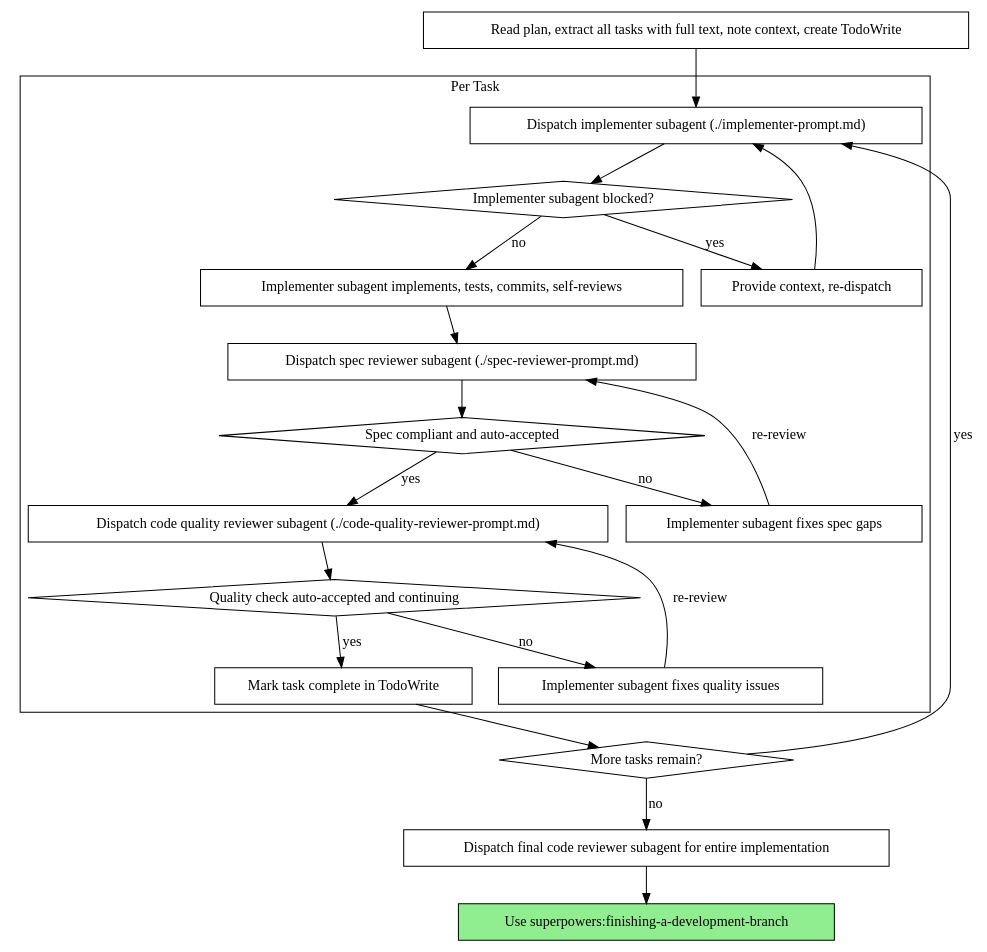
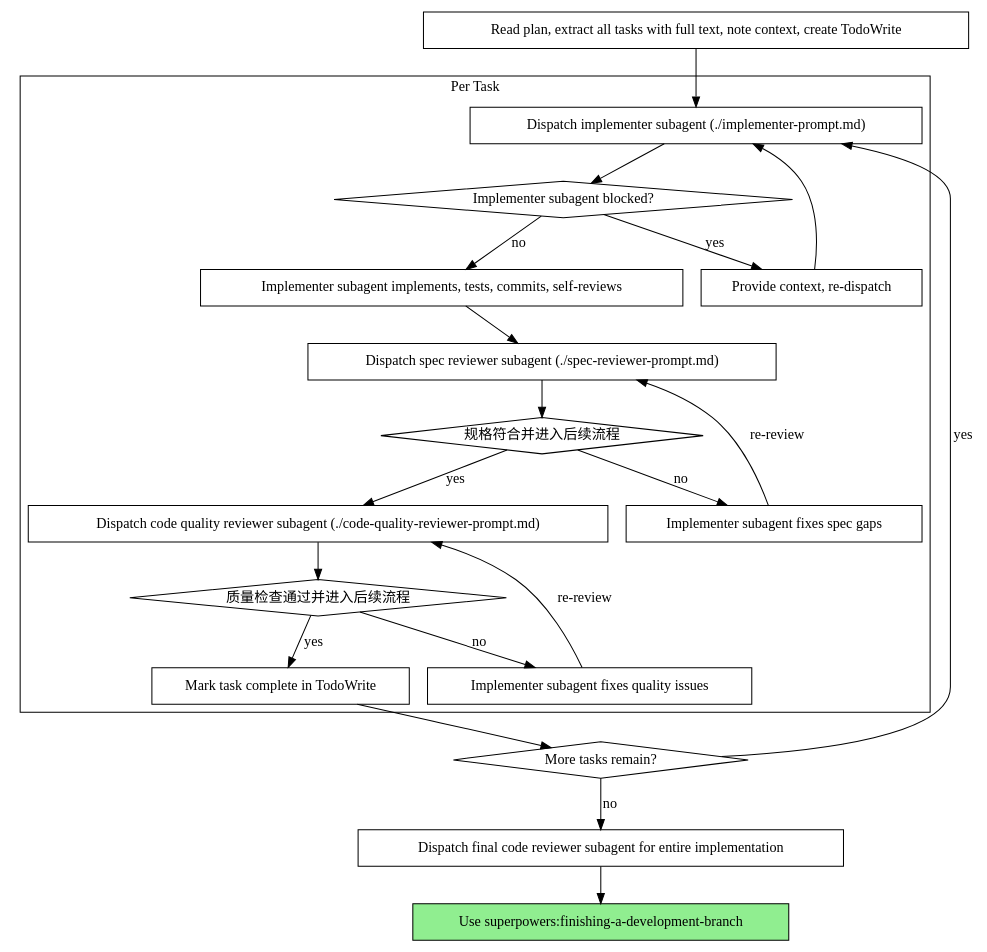
One commit to ShakaRover/superpowers changed the second of 2 diagrams in skills/subagent-driven-development/SKILL.md. Above: the diagram before and after it, drawn with Graphviz. The commit also changed other lines of this file and 7 other files, not shown here.

````diff
--- a/skills/subagent-driven-development/SKILL.md
+++ b/skills/subagent-driven-development/SKILL.md
@@ -82,44 +82,44 @@
 ```dot
 digraph process {
     rankdir=TB;
 
     subgraph cluster_per_task {
         label="Per Task";
         "Dispatch implementer subagent (./implementer-prompt.md)" [shape=box];
         "Implementer subagent blocked?" [shape=diamond];
         "Provide context, re-dispatch" [shape=box];
         "Implementer subagent implements, tests, commits, self-reviews" [shape=box];
         "Dispatch spec reviewer subagent (./spec-reviewer-prompt.md)" [shape=box];
-        "Spec compliant and auto-accepted" [shape=diamond];
+        "规格符合并进入后续流程" [shape=diamond];
         "Implementer subagent fixes spec gaps" [shape=box];
         "Dispatch code quality reviewer subagent (./code-quality-reviewer-prompt.md)" [shape=box];
-        "Quality check auto-accepted and continuing" [shape=diamond];
+        "质量检查通过并进入后续流程" [shape=diamond];
         "Implementer subagent fixes quality issues" [shape=box];
         "Mark task complete in TodoWrite" [shape=box];
     }
 
     "Read plan, extract all tasks with full text, note context, create TodoWrite" [shape=box];
     "More tasks remain?" [shape=diamond];
     "Dispatch final code reviewer subagent for entire implementation" [shape=box];
     "Use superpowers:finishing-a-development-branch" [shape=box style=filled fillcolor=lightgreen];
 
     "Read plan, extract all tasks with full text, note context, create TodoWrite" -> "Dispatch implementer subagent (./implementer-prompt.md)";
     "Dispatch implementer subagent (./implementer-prompt.md)" -> "Implementer subagent blocked?";
     "Implementer subagent blocked?" -> "Provide context, re-dispatch" [label="yes"];
     "Provide context, re-dispatch" -> "Dispatch implementer subagent (./implementer-prompt.md)";
     "Implementer subagent blocked?" -> "Implementer subagent implements, tests, commits, self-reviews" [label="no"];
     "Implementer subagent implements, tests, commits, self-reviews" -> "Dispatch spec reviewer subagent (./spec-reviewer-prompt.md)";
-    "Dispatch spec reviewer subagent (./spec-reviewer-prompt.md)" -> "Spec compliant and auto-accepted";
-    "Spec compliant and auto-accepted" -> "Implementer subagent fixes spec gaps" [label="no"];
+    "Dispatch spec reviewer subagent (./spec-reviewer-prompt.md)" -> "规格符合并进入后续流程";
+    "规格符合并进入后续流程" -> "Implementer subagent fixes spec gaps" [label="no"];
     "Implementer subagent fixes spec gaps" -> "Dispatch spec reviewer subagent (./spec-reviewer-prompt.md)" [label="re-review"];
-    "Spec compliant and auto-accepted" -> "Dispatch code quality reviewer subagent (./code-quality-reviewer-prompt.md)" [label="yes"];
-    "Dispatch code quality reviewer subagent (./code-quality-reviewer-prompt.md)" -> "Quality check auto-accepted and continuing";
-    "Quality check auto-accepted and continuing" -> "Implementer subagent fixes quality issues" [label="no"];
+    "规格符合并进入后续流程" -> "Dispatch code quality reviewer subagent (./code-quality-reviewer-prompt.md)" [label="yes"];
+    "Dispatch code quality reviewer subagent (./code-quality-reviewer-prompt.md)" -> "质量检查通过并进入后续流程";
+    "质量检查通过并进入后续流程" -> "Implementer subagent fixes quality issues" [label="no"];
     "Implementer subagent fixes quality issues" -> "Dispatch code quality reviewer subagent (./code-quality-reviewer-prompt.md)" [label="re-review"];
-    "Quality check auto-accepted and continuing" -> "Mark task complete in TodoWrite" [label="yes"];
+    "质量检查通过并进入后续流程" -> "Mark task complete in TodoWrite" [label="yes"];
     "Mark task complete in TodoWrite" -> "More tasks remain?";
     "More tasks remain?" -> "Dispatch implementer subagent (./implementer-prompt.md)" [label="yes"];
     "More tasks remain?" -> "Dispatch final code reviewer subagent for entire implementation" [label="no"];
     "Dispatch final code reviewer subagent for entire implementation" -> "Use superpowers:finishing-a-development-branch";
 }
 ```
````
